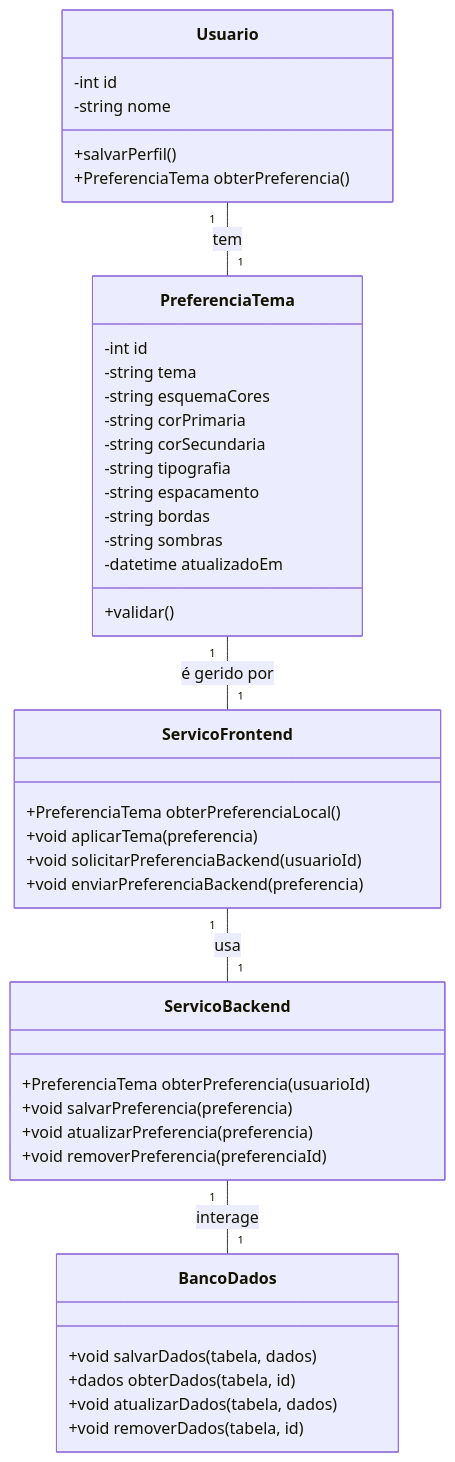
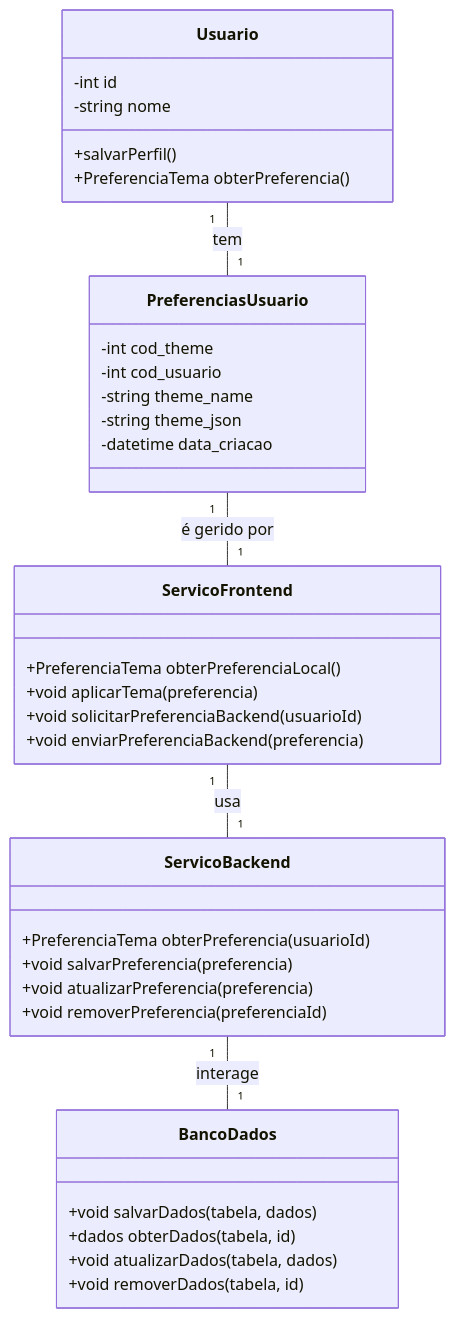
The diagram in docs/requisitos/r8-personalizacao-do-tema/Arquitetura da Solução.md (ICEI-PUC-Minas-PMV-ADS/pmv-ads-2025-2-e2-proj-int-t9-savemoney), drawn with Mermaid before and after one commit. The commit also changed other lines of this file and 1 other file, not shown here.

Commit message:
refactor: update theme customization data model and relationships

````diff
--- a/docs/requisitos/r8-personalizacao-do-tema/Arquitetura da Solução.md
+++ b/docs/requisitos/r8-personalizacao-do-tema/Arquitetura da Solução.md
@@ -11,49 +11,43 @@
 ```mermaid
 classDiagram
     class Usuario {
         -int id
         -string nome
         +salvarPerfil()
         +PreferenciaTema obterPreferencia()
     }
 
-    class PreferenciaTema {
-        -int id
-        -string tema
-        -string esquemaCores
-        -string corPrimaria
-        -string corSecundaria
-        -string tipografia
-        -string espacamento
-        -string bordas
-        -string sombras
-        -datetime atualizadoEm
-        +validar()
+    class PreferenciasUsuario {
+        -int cod_theme
+        -int cod_usuario
+        -string theme_name
+        -string theme_json
+        -datetime data_criacao
     }
 
     class ServicoFrontend {
         +PreferenciaTema obterPreferenciaLocal()
         +void aplicarTema(preferencia)
         +void solicitarPreferenciaBackend(usuarioId)
         +void enviarPreferenciaBackend(preferencia)
     }
 
     class ServicoBackend {
         +PreferenciaTema obterPreferencia(usuarioId)
         +void salvarPreferencia(preferencia)
         +void atualizarPreferencia(preferencia)
         +void removerPreferencia(preferenciaId)
     }
 
     class BancoDados {
         +void salvarDados(tabela, dados)
         +dados obterDados(tabela, id)
         +void atualizarDados(tabela, dados)
         +void removerDados(tabela, id)
     }
 
-    Usuario "1" -- "1" PreferenciaTema : tem
+    Usuario "1" -- "1" PreferenciasUsuario : tem
     ServicoFrontend "1" -- "1" ServicoBackend : usa
     ServicoBackend "1" -- "1" BancoDados : interage
-    PreferenciaTema "1" -- "1" ServicoFrontend : é gerido por
+    PreferenciasUsuario "1" -- "1" ServicoFrontend : é gerido por
 ```
````
